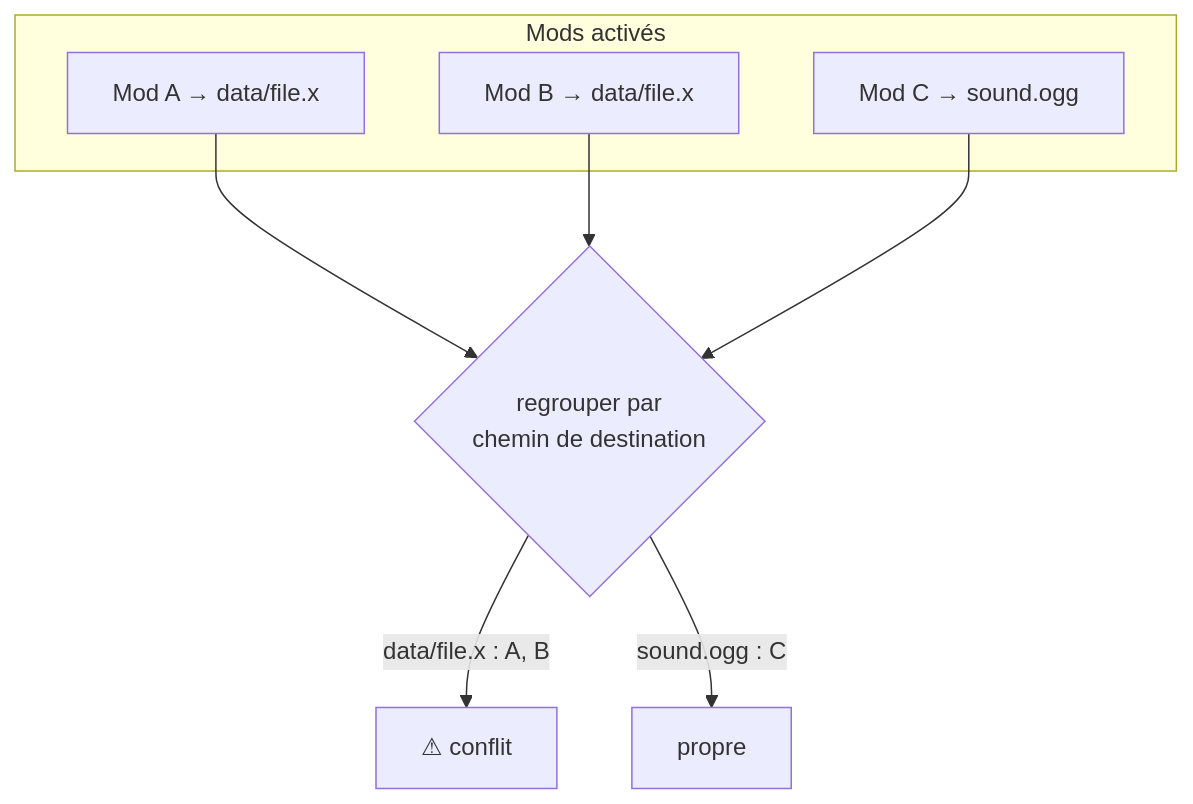
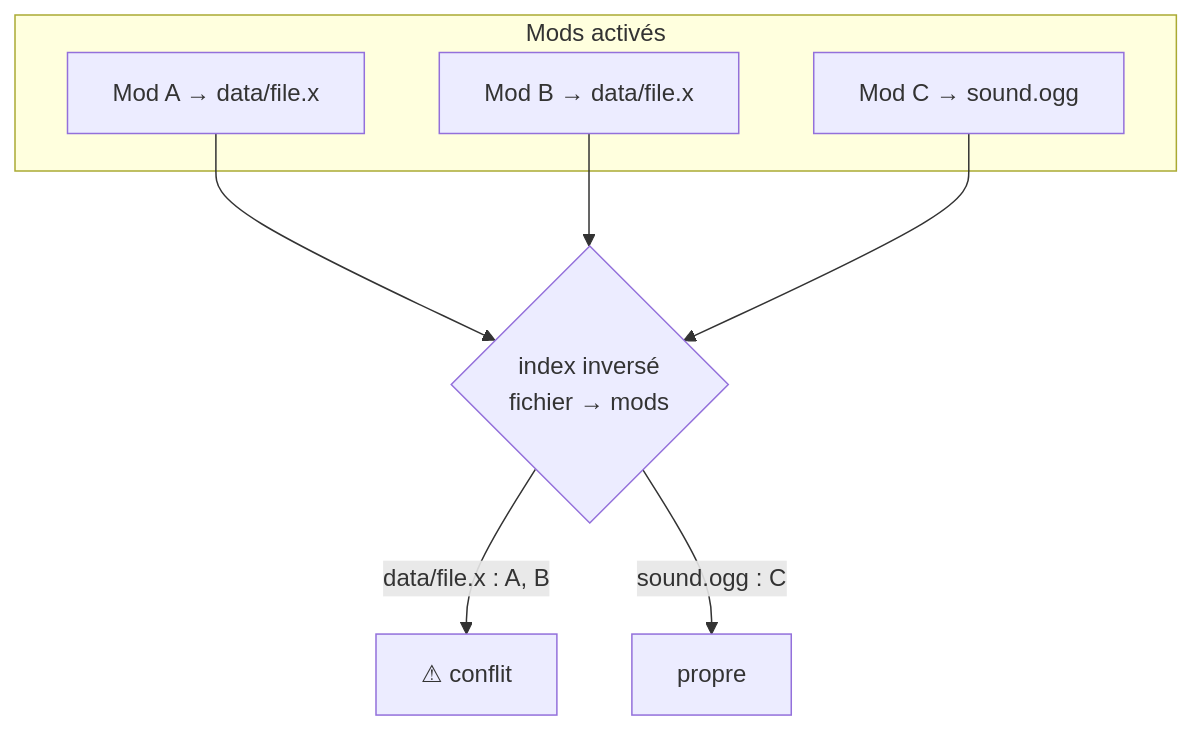
The first of 4 diagrams in docs/how-it-works/conflicts.fr.md (FreeProject089/BMM-Docs), drawn with Mermaid before and after one commit. The commit also changed other lines of this file and 7 other files, not shown here.

````diff
--- a/docs/how-it-works/conflicts.fr.md
+++ b/docs/how-it-works/conflicts.fr.md
@@ -14,13 +28,13 @@
 ```mermaid
 flowchart TB
     subgraph Enabled["Mods activés"]
         A["Mod A → data/file.x"]
         B["Mod B → data/file.x"]
         C["Mod C → sound.ogg"]
     end
-    A --> G{"regrouper par<br/>chemin de destination"}
+    A --> G{"index inversé<br/>fichier → mods"}
     B --> G
     C --> G
     G -- "data/file.x : A, B" --> CONF["⚠ conflit"]
     G -- "sound.ogg : C" --> OK["propre"]
 ```
````
